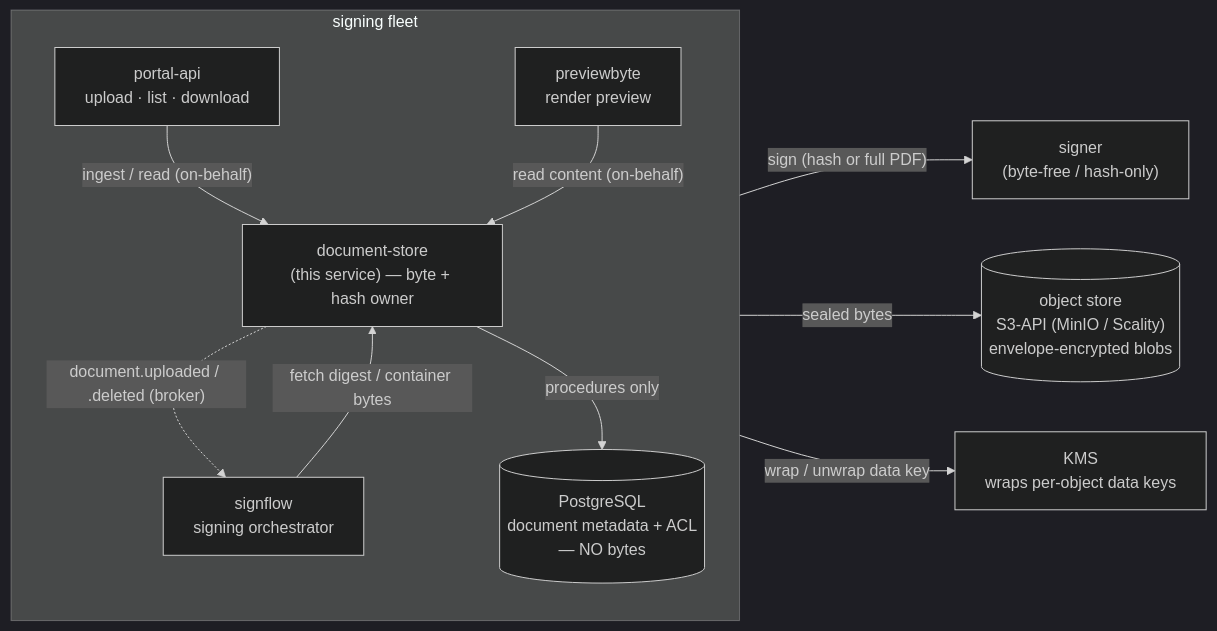
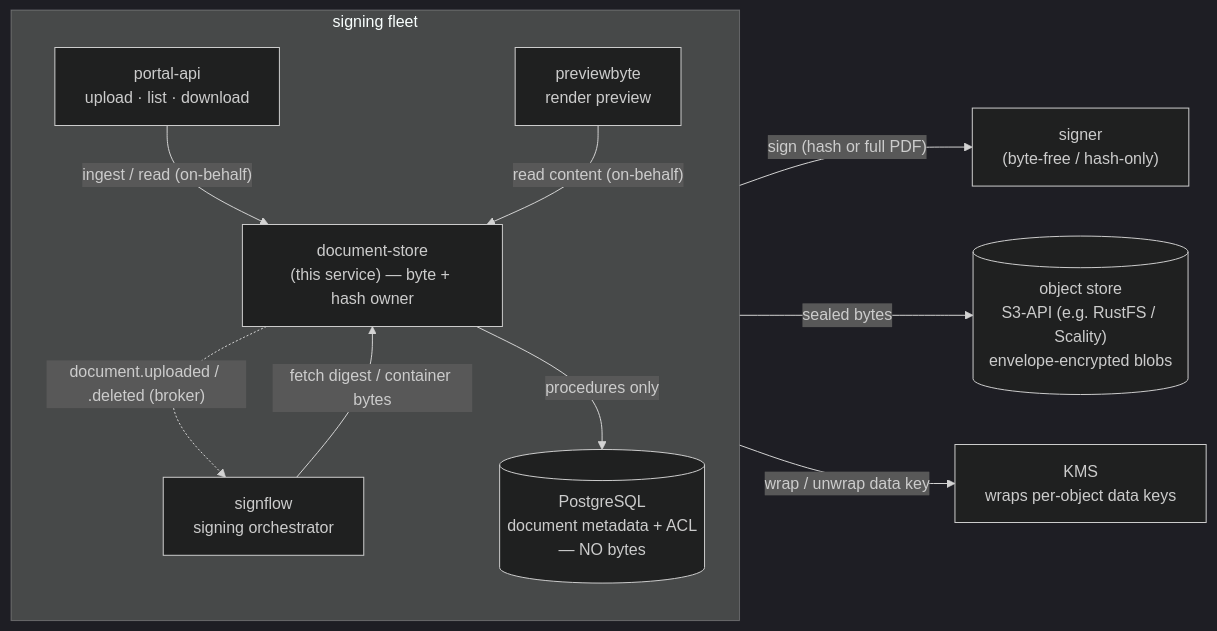
One commit to signbyte/document-store changed the first of 3 diagrams in README.md. Above: the diagram before and after it, drawn with Mermaid (dark theme). The commit also changed other lines of this file and 3 other files, not shown here.

Commit message:
Name the object store generically

````diff
--- a/README.md
+++ b/README.md
@@ -17,24 +17,24 @@
 ```mermaid
 flowchart LR
     subgraph Fleet["signing fleet"]
         direction TB
         PA["portal-api<br/>upload · list · download"]
         SF["signflow<br/>signing orchestrator"]
         PV["previewbyte<br/>render preview"]
         DS["document-store<br/>(this service) — byte + hash owner"]
         PG[(PostgreSQL<br/>document metadata + ACL<br/>— NO bytes)]
     end
 
-    OBJ[("object store<br/>S3-API (MinIO / Scality)<br/>envelope-encrypted blobs")]
+    OBJ[("object store<br/>S3-API (e.g. RustFS / Scality)<br/>envelope-encrypted blobs")]
     KMS["KMS<br/>wraps per-object data keys"]
     SIGNER["signer<br/>(byte-free / hash-only)"]
 
     PA -- "ingest / read (on-behalf)" --> DS
     PV -- "read content (on-behalf)" --> DS
     SF -- "fetch digest / container bytes" --> DS
     SF -- "sign (hash or full PDF)" --> SIGNER
     DS -- "sealed bytes" --> OBJ
     DS -- "wrap / unwrap data key" --> KMS
     DS -- "procedures only" --> PG
     DS -. "document.uploaded / .deleted (broker)" .-> SF
 ```
````
